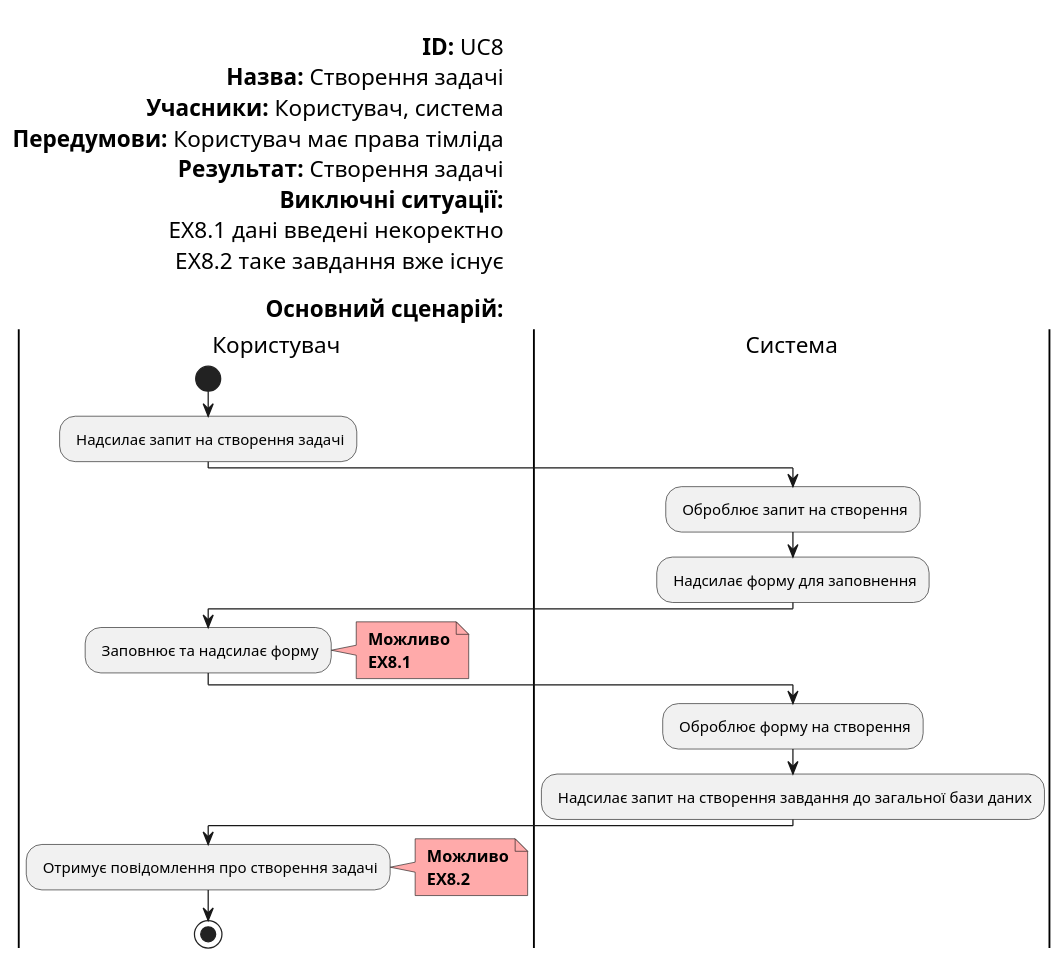
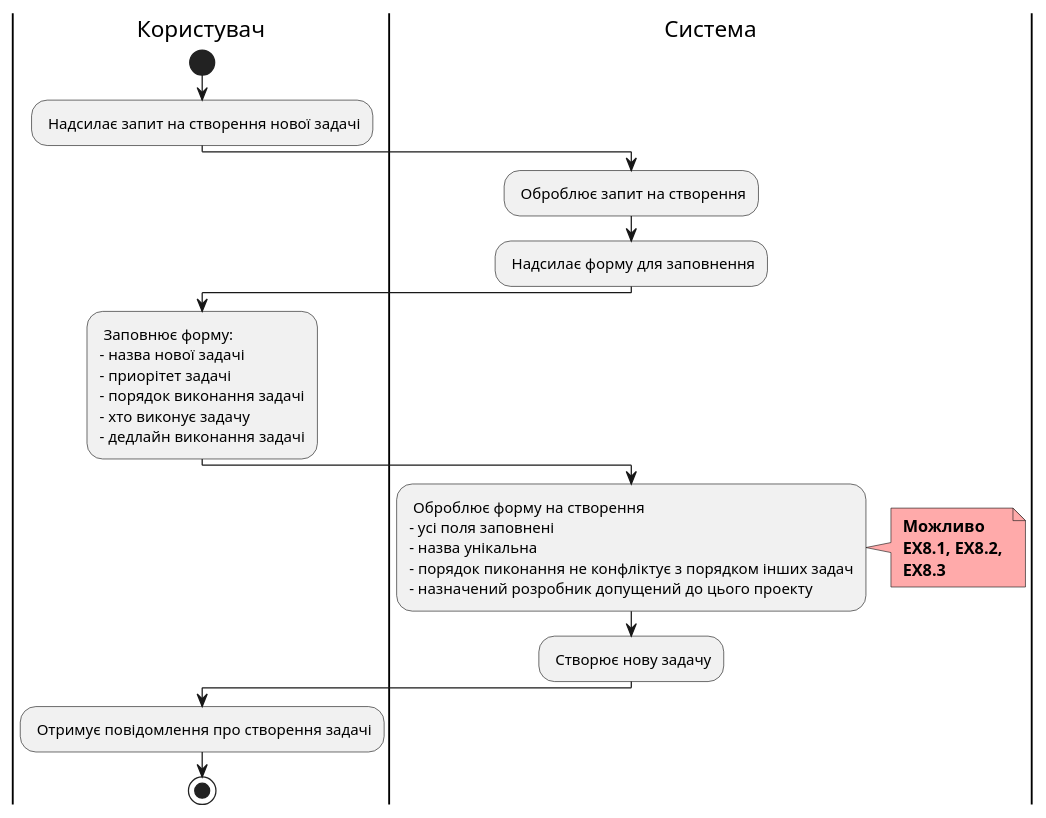
Before and after one commit to boldak/database_basics_template: the diagram in docs/use cases/createTask.puml, drawn with PlantUML.

```diff
--- a/docs/use cases/createTask.puml
+++ b/docs/use cases/createTask.puml
@@ -1,48 +1,42 @@
 @startuml
-    left header
-
-        <font color=000 size=18><b>ID:</b> UC8
-        <font color=000 size=18><b>Назва:</b> Створення задачі
-        <font color=000 size=18><b>Учасники:</b> Користувач, система
-        <font color=000 size=18><b>Передумови:</b> Користувач має права тімліда
-        <font color=000 size=18><b>Результат:</b> Створення задачі
-        <font color=000 size=18><b>Виключні ситуації:</b>
-        <font color=000 size=18> EX8.1 дані введені некоректно
-        <font color=000 size=18> EX8.2 таке завдання вже існує
-        
-        <font color=000 size=18><b>Основний сценарій:</b>
-    end header
 
     |Користувач|
         start
         
-        : Надсилає запит на створення задачі;
+        : Надсилає запит на створення нової задачі;
         
     |Система|
         
         : Оброблює запит на створення;
         : Надсилає форму для заповнення;
         
     |Користувач|
     
-        : Заповнює та надсилає форму;
-        note right #ffaaaa
-        <b> Можливо
-        <b> EX8.1
-        end note
+        : Заповнює форму:
+        - назва нової задачі
+        - приорітет задачі
+        - порядок виконання задачі
+        - хто виконує задачу
+        - дедлайн виконання задачі;
         
     |Система|
     
-        : Оброблює форму на створення;
+        : Оброблює форму на створення
+        - усі поля заповнені
+        - назва унікальна
+        - порядок пиконання не конфліктує з порядком інших задач
+        - назначений розробник допущений до цього проекту;
+        note right #ffaaaa
+        <b> Можливо
+        <b> EX8.1, EX8.2, 
+        <b> EX8.3
+        end note
     
-        : Надсилає запит на створення завдання до загальної бази даних;
+        : Створює нову задачу;
+        
         
     |Користувач|
         : Отримує повідомлення про створення задачі;
-        note right #ffaaaa
-        <b> Можливо
-        <b> EX8.2
-        end note
         stop;
 
 @enduml
```
